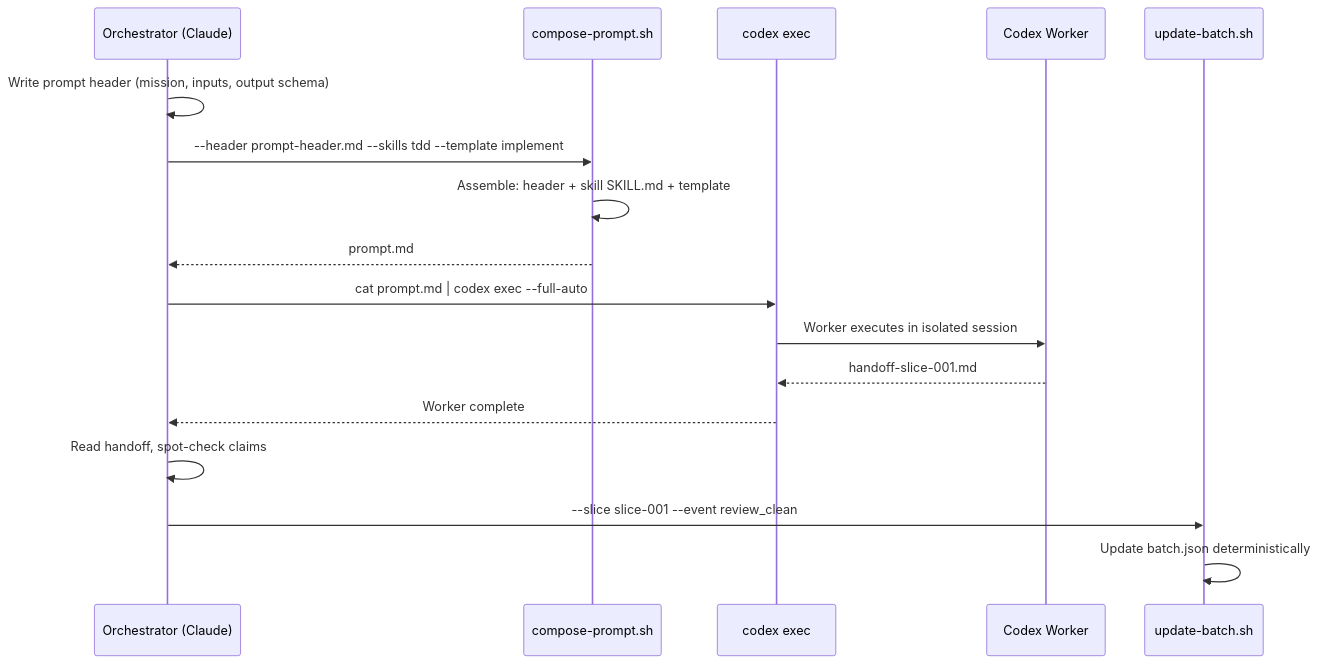
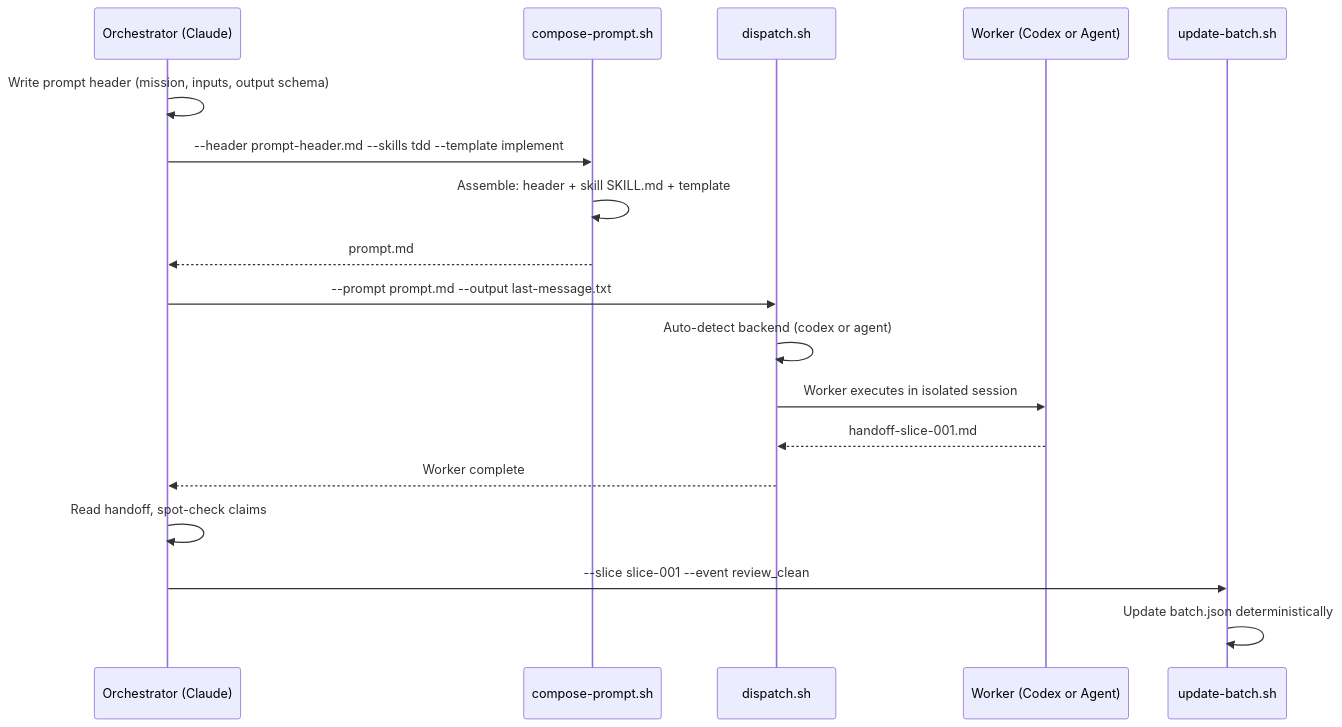
Before and after one commit to petekp/circuitry: the fourth of 5 diagrams in README.md, drawn with Mermaid. The commit also changed other lines of this file and 15 other files, not shown here.

First line of the commit message:
Add Codex-free fallback mode using Claude Agent dispatch

````diff
--- a/README.md
+++ b/README.md
@@ -278,20 +281,21 @@
 ```mermaid
 sequenceDiagram
     participant O as Orchestrator (Claude)
     participant C as compose-prompt.sh
-    participant X as codex exec
-    participant W as Codex Worker
+    participant D as dispatch.sh
+    participant W as Worker (Codex or Agent)
     participant U as update-batch.sh
 
     O->>O: Write prompt header (mission, inputs, output schema)
     O->>C: --header prompt-header.md --skills tdd --template implement
     C->>C: Assemble: header + skill SKILL.md + template
     C-->>O: prompt.md
-    O->>X: cat prompt.md | codex exec --full-auto
-    X->>W: Worker executes in isolated session
-    W-->>X: handoff-slice-001.md
-    X-->>O: Worker complete
+    O->>D: --prompt prompt.md --output last-message.txt
+    D->>D: Auto-detect backend (codex or agent)
+    D->>W: Worker executes in isolated session
+    W-->>D: handoff-slice-001.md
+    D-->>O: Worker complete
     O->>O: Read handoff, spot-check claims
     O->>U: --slice slice-001 --event review_clean
     U->>U: Update batch.json deterministically
 ```
````
